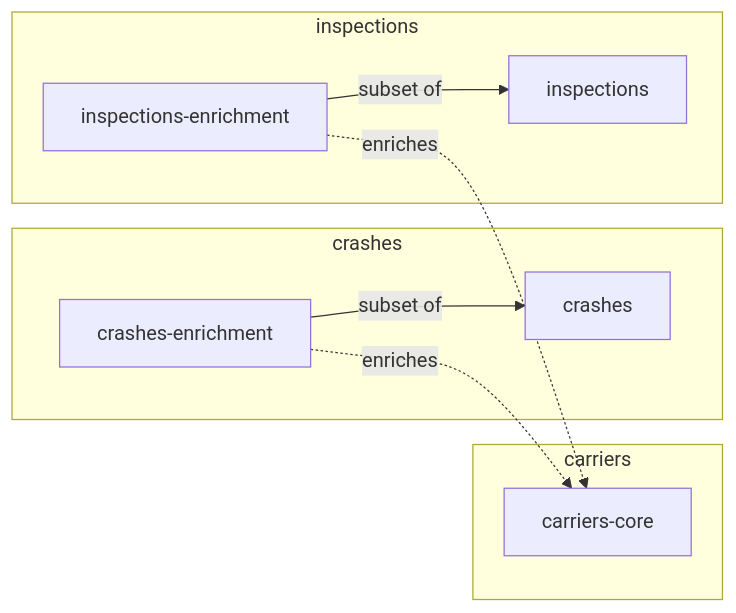
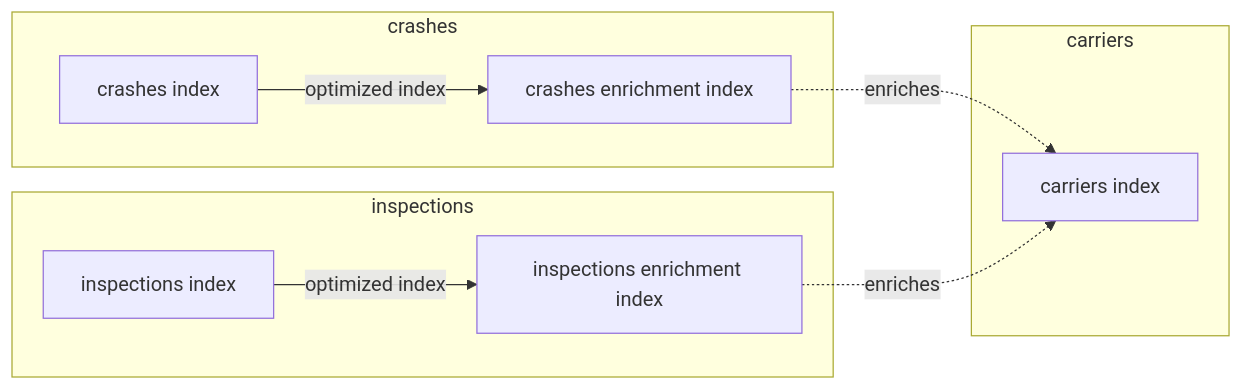
The first of 3 diagrams in DOT-Commercial/README.md (freemansoft/entitopia), drawn with Mermaid before and after one commit.

Commit message:
more clarifications in diagrams

````diff
--- a/DOT-Commercial/README.md
+++ b/DOT-Commercial/README.md
@@ -5,15 +5,16 @@
 ```mermaid
 flowchart LR
     subgraph crashes-graph[crashes]
-        crashes
-        crashes-enrichment -->|subset of| crashes
+        crashes[crashes index]
+        crashes --> | optimized index| crashes-enrichment[crashes enrichment index]
     end
     subgraph inspections-graph[inspections]
-        inspections
-        inspections-enrichment --> | subset of | inspections
+        inspections[inspections index]
+        inspections --> |optimized index| inspections-enrichment[inspections enrichment index]
     end
     subgraph carriers-graph[carriers]
+        carriers-core[carriers index]
         crashes-enrichment -.->|enriches| carriers-core
         inspections-enrichment -.->|enriches| carriers-core
     end
 ```
````
